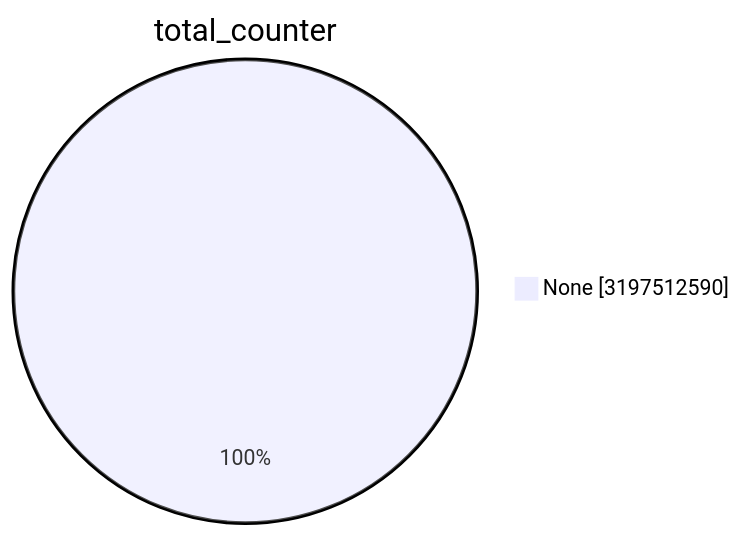
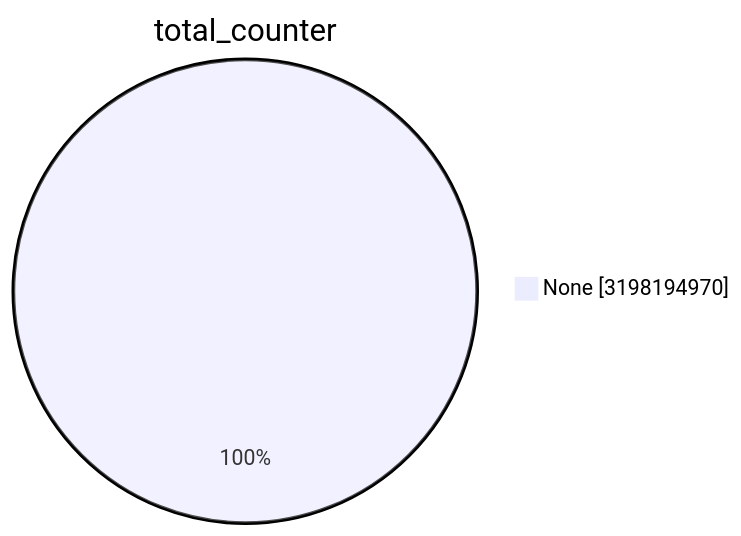
One commit to christiankrug/ctmonitor_visualization changed the first of 15 diagrams in TOTAL/README.md. Above: the diagram before and after it, drawn with Mermaid. The commit also changed other lines of this file, not shown here.

````diff
--- a/TOTAL/README.md
+++ b/TOTAL/README.md
@@ -1,5 +1,5 @@
 ```mermaid
 pie showData
 title total_counter
-"None" :3197512590
+"None" :3198194970
 ```
````
